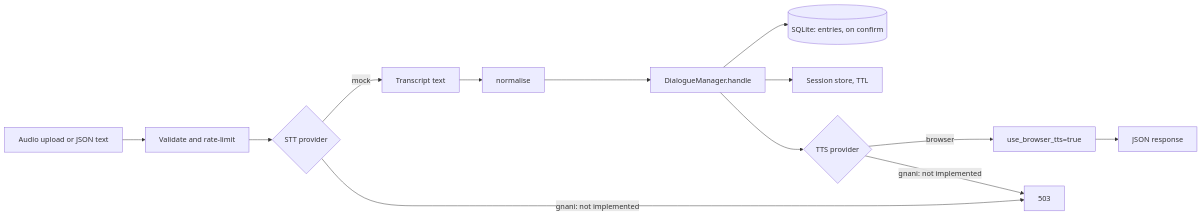
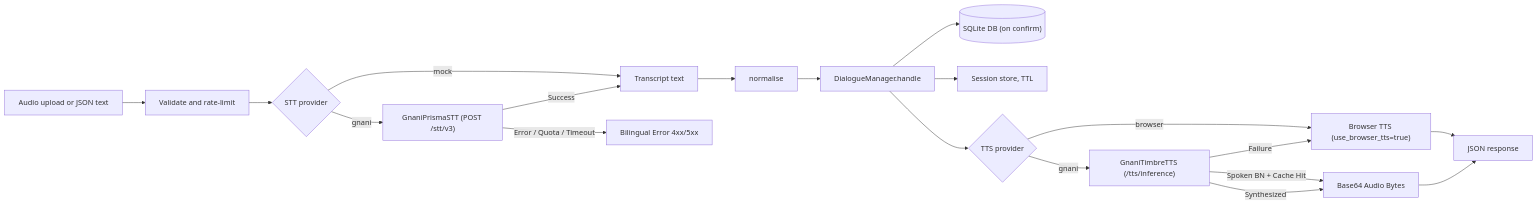
One commit to codewithzubair07/didinotes changed the diagram in ARCHITECTURE.md. Above: the diagram before and after it, drawn with Mermaid. The commit also changed other lines of this file and 17 other files, not shown here.

Commit message:
Gnani Prisma STT and Timbre TTS adapters

````diff
--- a/ARCHITECTURE.md
+++ b/ARCHITECTURE.md
@@ -9,15 +9,21 @@
 ```mermaid
 flowchart LR
     A[Audio upload or JSON text] --> B[Validate and rate-limit]
     B --> C{STT provider}
     C -->|mock| D[Transcript text]
-    C -->|gnani: not implemented| X[503]
+    C -->|gnani| G["GnaniPrismaSTT (POST /stt/v3)"]
+    G -->|Success| D
+    G -->|Error / Quota / Timeout| ERR[Bilingual Error 4xx/5xx]
     D --> E[normalise]
     E --> F[DialogueManager.handle]
-    F --> G[(SQLite: entries, on confirm)]
-    F --> H[Session store, TTL]
-    F --> I{TTS provider}
-    I -->|browser| J[use_browser_tts=true]
-    I -->|gnani: not implemented| X
-    J --> K[JSON response]
+    F --> H[("SQLite DB (on confirm)")]
+    F --> I[Session store, TTL]
+    F --> J{TTS provider}
+    J -->|browser| K["Browser TTS (use_browser_tts=true)"]
+    J -->|gnani| L["GnaniTimbreTTS (/tts/inference)"]
+    L -->|Spoken BN + Cache Hit| M[Base64 Audio Bytes]
+    L -->|Synthesized| M
+    L -->|Failure| K
+    K --> RES[JSON response]
+    M --> RES
 ```
````
